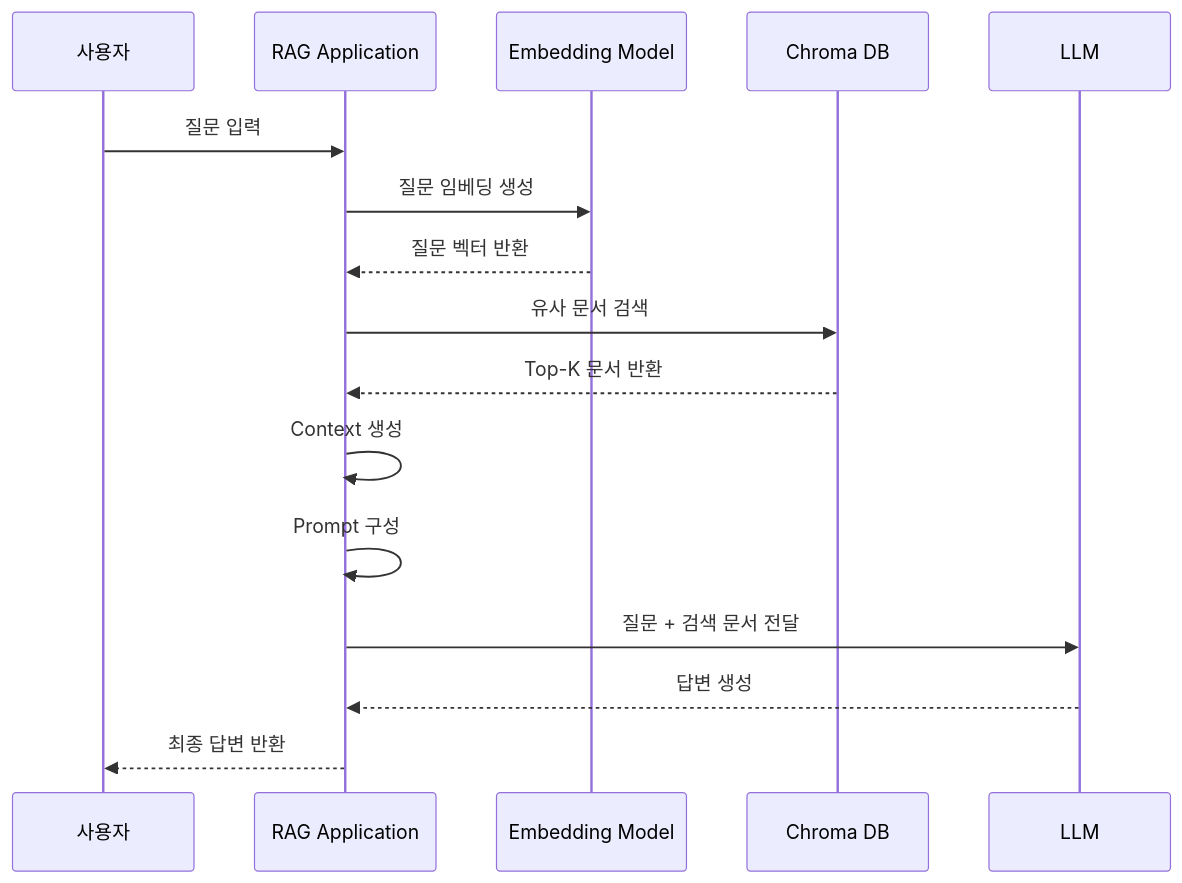
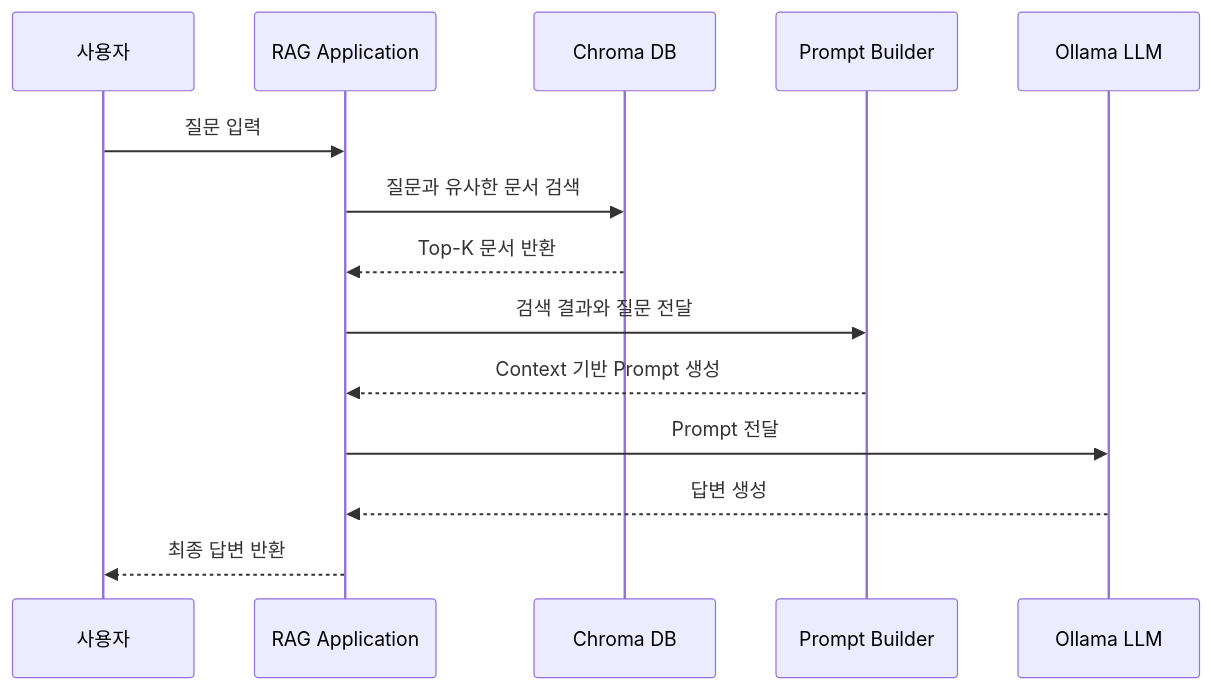
One commit to Team-AI-Data-Platform/AI-Data-Platform changed the diagram in docs/study/step2/step2_3_first_rag_difference_guide.md. Above: the diagram before and after it, drawn with Mermaid. The commit also changed other lines of this file, not shown here.

````diff
--- a/docs/study/step2/step2_3_first_rag_difference_guide.md
+++ b/docs/study/step2/step2_3_first_rag_difference_guide.md
@@ -175,35 +115,17 @@
 ```mermaid
-
 sequenceDiagram
-
     participant User as 사용자
-
     participant App as RAG Application
-
-    participant Embed as Embedding Model
-
     participant DB as Chroma DB
-
-    participant LLM as LLM
+    participant Prompt as Prompt Builder
+    participant LLM as Ollama LLM
 
     User->>App: 질문 입력
-
-    App->>Embed: 질문 임베딩 생성
-
-    Embed-->>App: 질문 벡터 반환
-
-    App->>DB: 유사 문서 검색
-
+    App->>DB: 질문과 유사한 문서 검색
     DB-->>App: Top-K 문서 반환
-
-    App->>App: Context 생성
-
-    App->>App: Prompt 구성
-
-    App->>LLM: 질문 + 검색 문서 전달
-
+    App->>Prompt: 검색 결과와 질문 전달
+    Prompt-->>App: Context 기반 Prompt 생성
+    App->>LLM: Prompt 전달
     LLM-->>App: 답변 생성
-
     App-->>User: 최종 답변 반환
-
 ```
````
